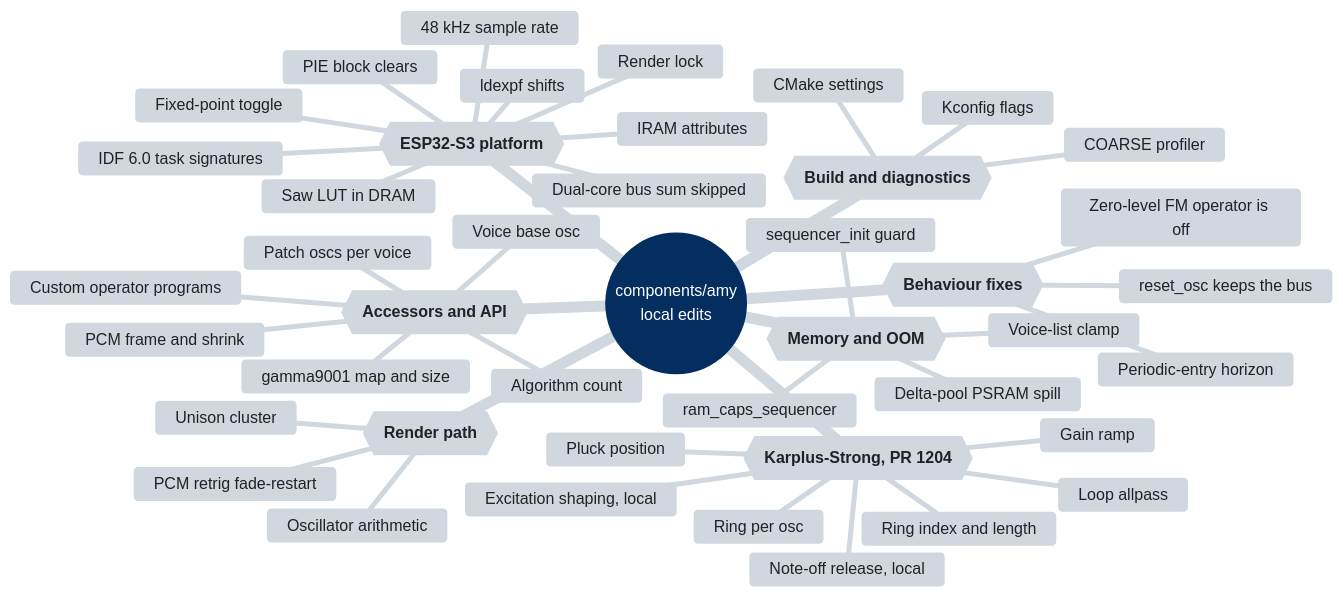
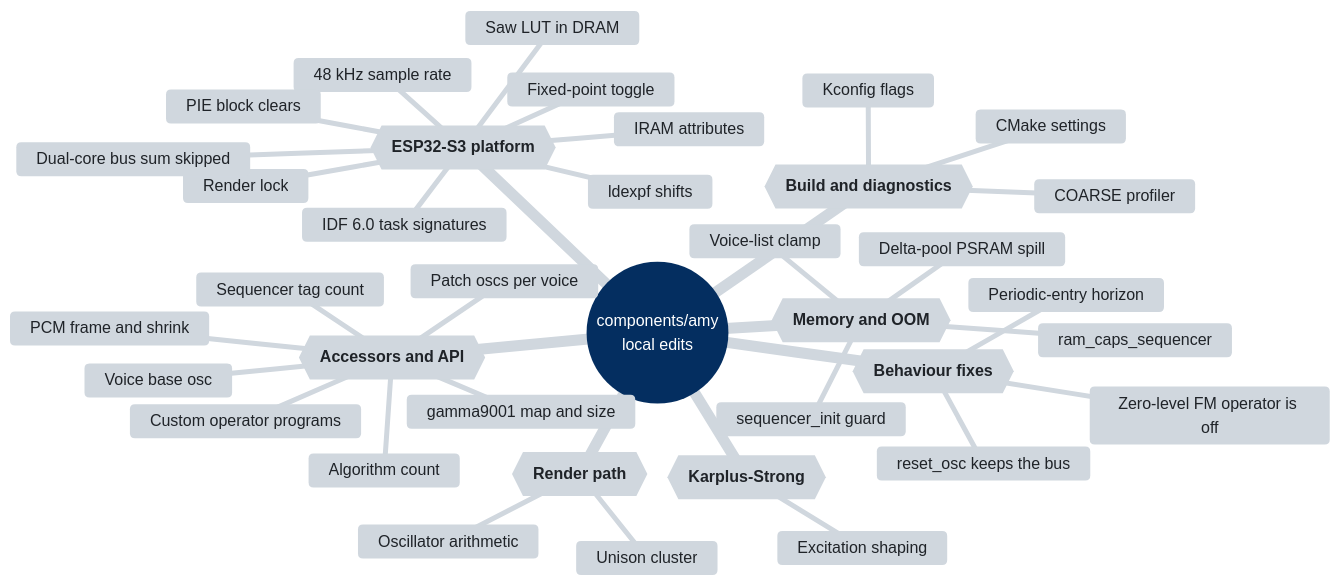
The diagram in AMY-EDITS.md (rt-rtos/S3-Amysynth), drawn with Mermaid before and after one commit. The commit also changed other lines of this file and 39 other files, not shown here.

````diff
--- a/AMY-EDITS.md
+++ b/AMY-EDITS.md
@@ -21,58 +16,52 @@
 ```mermaid
 %%{init: {"theme": "base", "themeCSS": ".mindmap-node polygon { fill: #afb8c1 !important; }", "themeVariables": {
   "primaryColor": "#0969da", "primaryTextColor": "#ffffff", "lineColor": "#8c959f",
   "cScale0": "#d0d7de", "cScaleLabel0": "#1f2328",
   "cScale1": "#d0d7de", "cScaleLabel1": "#1f2328",
   "cScale2": "#d0d7de", "cScaleLabel2": "#1f2328",
   "cScale3": "#d0d7de", "cScaleLabel3": "#1f2328",
   "cScale4": "#d0d7de", "cScaleLabel4": "#1f2328",
   "cScale5": "#d0d7de", "cScaleLabel5": "#1f2328",
   "cScale6": "#d0d7de", "cScaleLabel6": "#1f2328",
   "cScale7": "#d0d7de", "cScaleLabel7": "#1f2328",
   "cScale8": "#d0d7de", "cScaleLabel8": "#1f2328"
 }}}%%
 mindmap
   root((components/amy<br/>local edits))
     c1{{"`**ESP32-S3 platform**`"}}
       48 kHz sample rate
       Fixed-point toggle
       ldexpf shifts
       Render lock
       PIE block clears
       IRAM attributes
       Saw LUT in DRAM
       IDF 6.0 task signatures
       Dual-core bus sum skipped
     c2{{"`**Memory and OOM**`"}}
       Delta-pool PSRAM spill
       sequencer_init guard
       ram_caps_sequencer
       Voice-list clamp
     c3{{"`**Render path**`"}}
       Oscillator arithmetic
       Unison cluster
-      PCM retrig fade-restart
-    c4{{"`**Karplus-Strong, PR 1204**`"}}
-      Ring index and length
-      Ring per osc
-      Loop allpass
-      Pluck position
-      Gain ramp
-      Excitation shaping, local
-      Note-off release, local
+    c4{{"`**Karplus-Strong**`"}}
+      Excitation shaping
     c5{{"`**Accessors and API**`"}}
       PCM frame and shrink
       gamma9001 map and size
       Voice base osc
       Patch oscs per voice
       Algorithm count
       Custom operator programs
+      Sequencer tag count
     c6{{"`**Behaviour fixes**`"}}
       Periodic-entry horizon
       reset_osc keeps the bus
       Zero-level FM operator is off
     c7{{"`**Build and diagnostics**`"}}
       Kconfig flags
       CMake settings
       COARSE profiler
 ```
````
